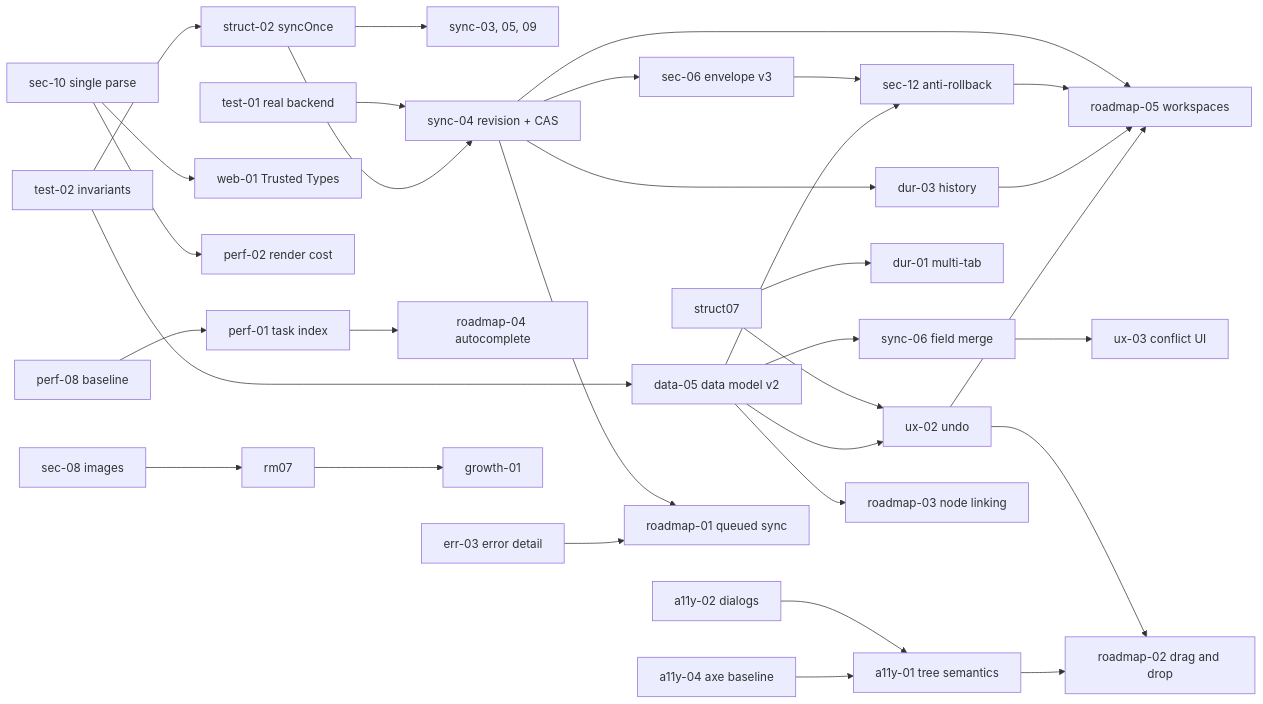
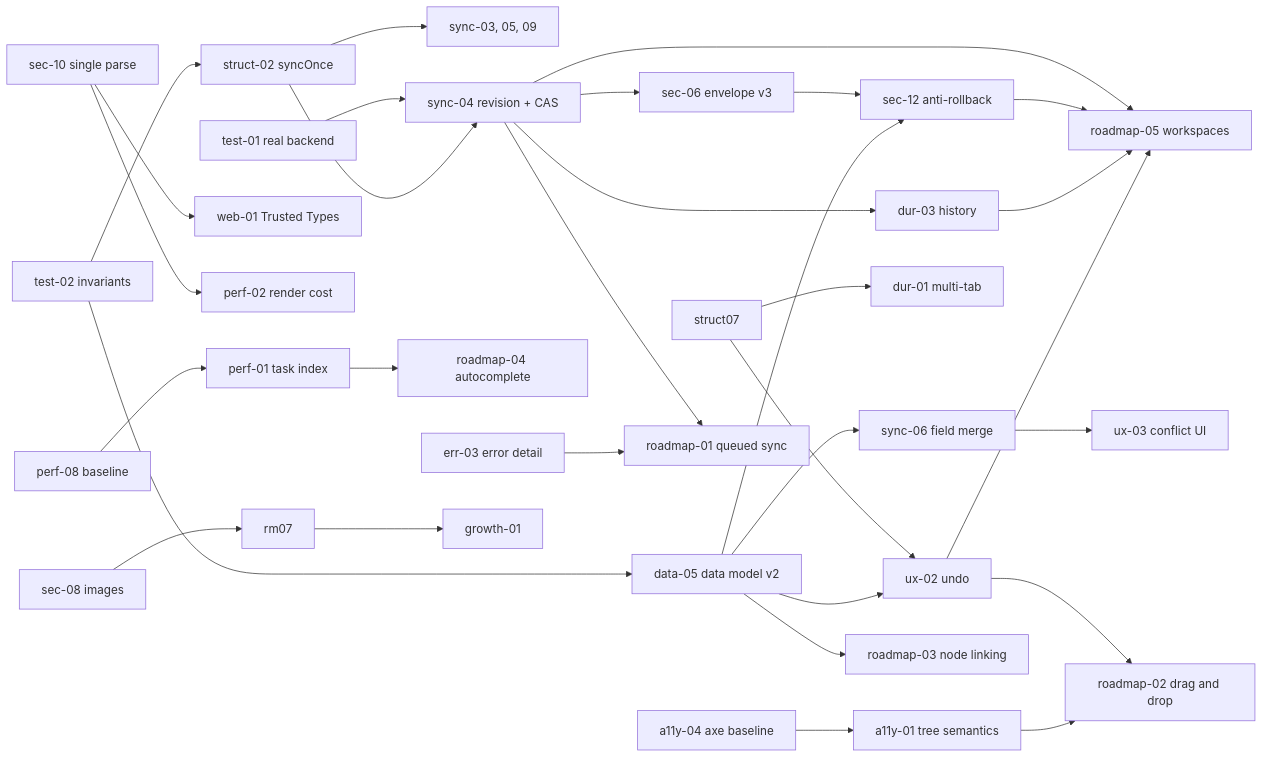
Before and after one commit to pitermarx/Virgulas: the second of 2 diagrams in docs/review/README.md, drawn with Mermaid. The commit also changed other lines of this file and 12 other files, not shown here.

````diff
--- a/docs/review/README.md
+++ b/docs/review/README.md
@@ -62,34 +62,34 @@
 ```mermaid
 flowchart LR
   test02["test-02 invariants"] --> struct02["struct-02 syncOnce"]
   struct02 --> syncfix["sync-03, 05, 09"]
   test01["test-01 real backend"] --> sync04["sync-04 revision + CAS"]
   struct02 --> sync04
   sync04 --> sec06["sec-06 envelope v3"]
   sec06 --> sec12["sec-12 anti-rollback"]
   test02 --> data05["data-05 data model v2"]
   data05 --> sync06["sync-06 field merge"]
   sync06 --> ux03["ux-03 conflict UI"]
   data05 --> sec12
   sync04 --> dur03["dur-03 history"]
   struct07 --> dur01["dur-01 multi-tab"]
   struct07 --> ux02["ux-02 undo"]
   data05 --> ux02
   sec10["sec-10 single parse"] --> web01["web-01 Trusted Types"]
   sec10 --> perf02["perf-02 render cost"]
-  a11y02["a11y-02 dialogs"] --> a11y01["a11y-01 tree semantics"]
+  a11y01["a11y-01 tree semantics"]
   a11y04["a11y-04 axe baseline"] --> a11y01
   perf08["perf-08 baseline"] --> perf01["perf-01 task index"]
   perf01 --> rm04["roadmap-04 autocomplete"]
   sec08["sec-08 images"] --> rm07
   ux02 --> rm02["roadmap-02 drag and drop"]
   a11y01 --> rm02
   sync04 --> rm05["roadmap-05 workspaces"]
   sec12 --> rm05
   dur03 --> rm05
   ux02 --> rm05
   sync04 --> rm01["roadmap-01 queued sync"]
   err03["err-03 error detail"] --> rm01
   data05 --> rm03["roadmap-03 node linking"]
   rm07 --> growth["growth-01"]
 ```
````
